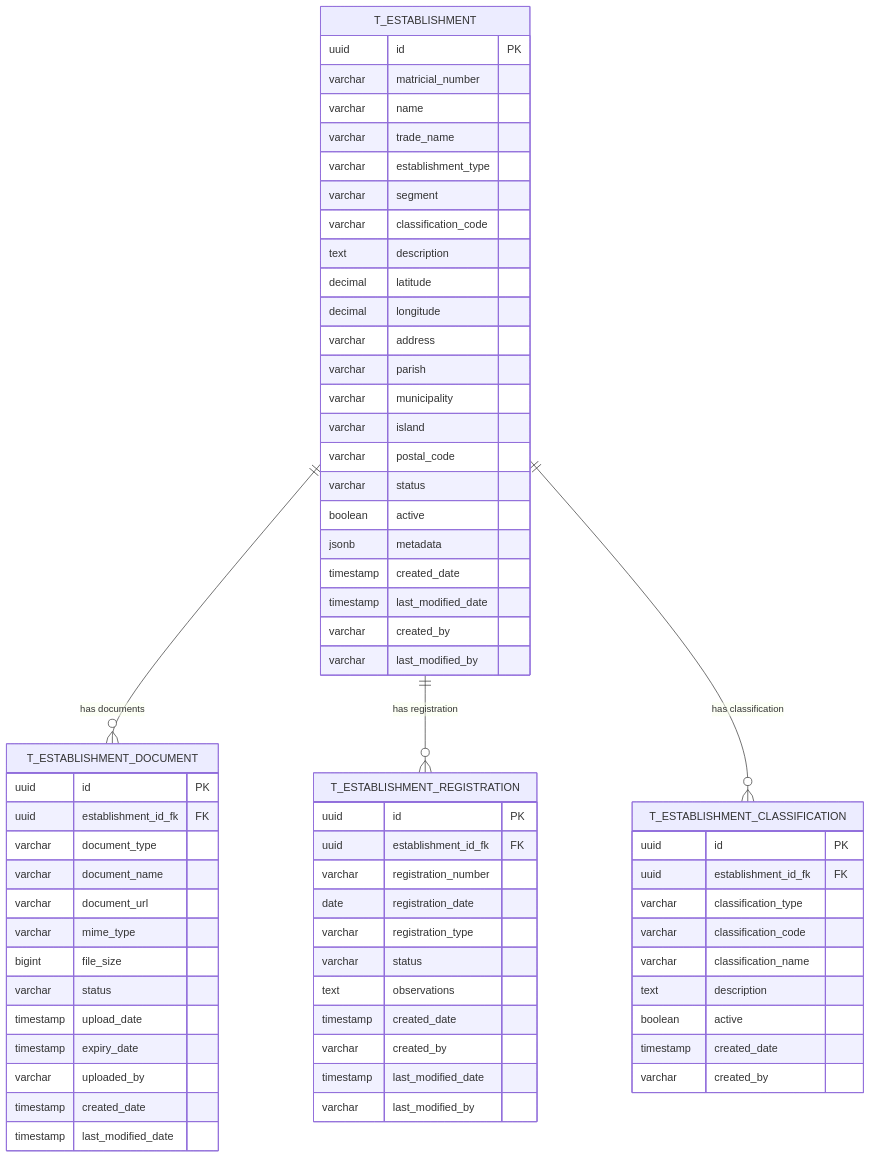
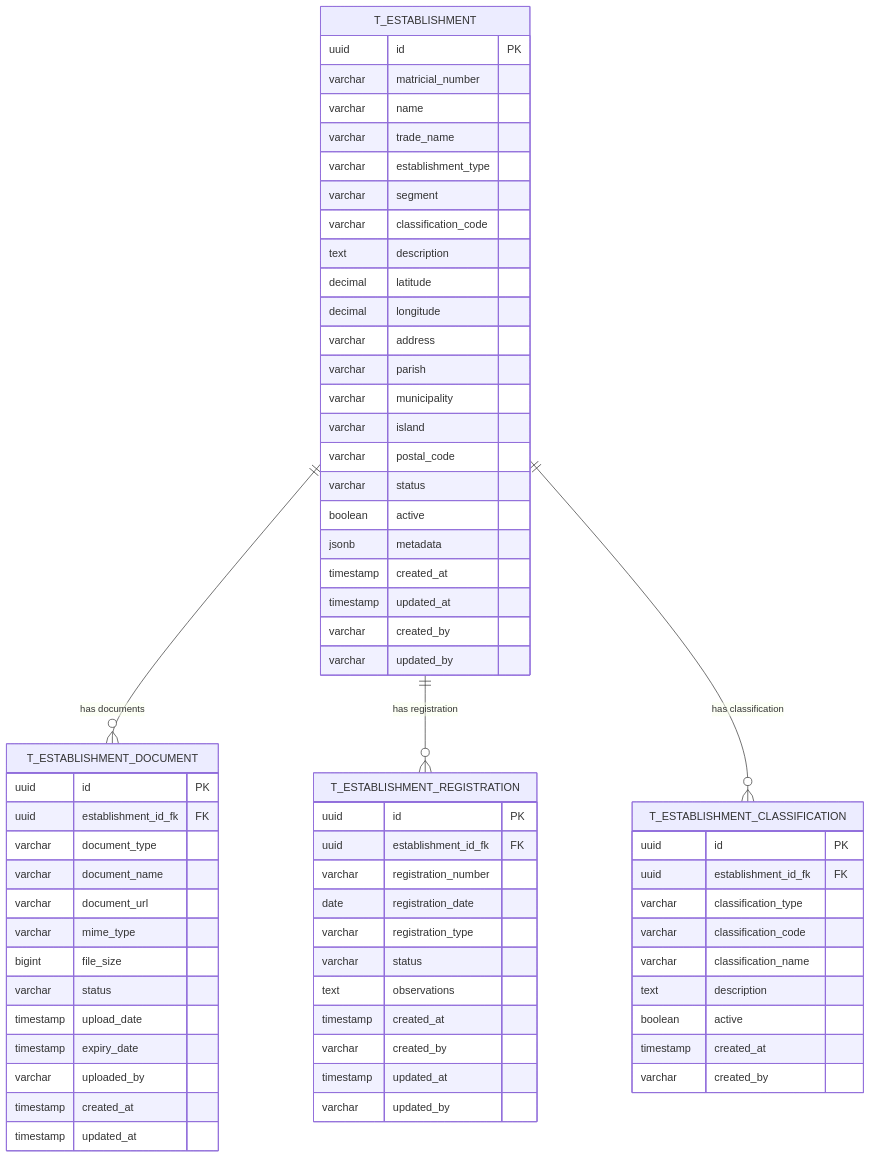
The diagram in .trae/documents/PR02.01-BE-LIC-Gestao-Estabelecimentos.md (TA-Digital-CV/licenciamento-backend), drawn with Mermaid before and after one commit. The commit also changed other lines of this file and 16 other files, not shown here.

First line of the commit message:
Revert "refactor(database): standardize timestamp column names to created_date and last_modified_date"

````diff
--- a/.trae/documents/PR02.01-BE-LIC-Gestao-Estabelecimentos.md
+++ b/.trae/documents/PR02.01-BE-LIC-Gestao-Estabelecimentos.md
@@ -25,73 +25,73 @@
 ```mermaid
 erDiagram
     T_ESTABLISHMENT {
         uuid id PK
         varchar matricial_number
         varchar name
         varchar trade_name
         varchar establishment_type
         varchar segment
         varchar classification_code
         text description
         decimal latitude
         decimal longitude
         varchar address
         varchar parish
         varchar municipality
         varchar island
         varchar postal_code
         varchar status
         boolean active
         jsonb metadata
-        timestamp created_date
-        timestamp last_modified_date
+        timestamp created_at
+        timestamp updated_at
         varchar created_by
-        varchar last_modified_by
+        varchar updated_by
     }
 
     T_ESTABLISHMENT_DOCUMENT {
         uuid id PK
         uuid establishment_id_fk FK
         varchar document_type
         varchar document_name
         varchar document_url
         varchar mime_type
         bigint file_size
         varchar status
         timestamp upload_date
         timestamp expiry_date
         varchar uploaded_by
-        timestamp created_date
-        timestamp last_modified_date
+        timestamp created_at
+        timestamp updated_at
     }
 
     T_ESTABLISHMENT_REGISTRATION {
         uuid id PK
         uuid establishment_id_fk FK
         varchar registration_number
         date registration_date
         varchar registration_type
         varchar status
         text observations
-        timestamp created_date
+        timestamp created_at
         varchar created_by
-        timestamp last_modified_date
-        varchar last_modified_by
+        timestamp updated_at
+        varchar updated_by
     }
 
     T_ESTABLISHMENT_CLASSIFICATION {
         uuid id PK
         uuid establishment_id_fk FK
         varchar classification_type
         varchar classification_code
         varchar classification_name
         text description
         boolean active
-        timestamp created_date
+        timestamp created_at
         varchar created_by
     }
 
     T_ESTABLISHMENT ||--o{ T_ESTABLISHMENT_DOCUMENT : "has documents"
     T_ESTABLISHMENT ||--o{ T_ESTABLISHMENT_REGISTRATION : "has registration"
     T_ESTABLISHMENT ||--o{ T_ESTABLISHMENT_CLASSIFICATION : "has classification"
 ```
````
